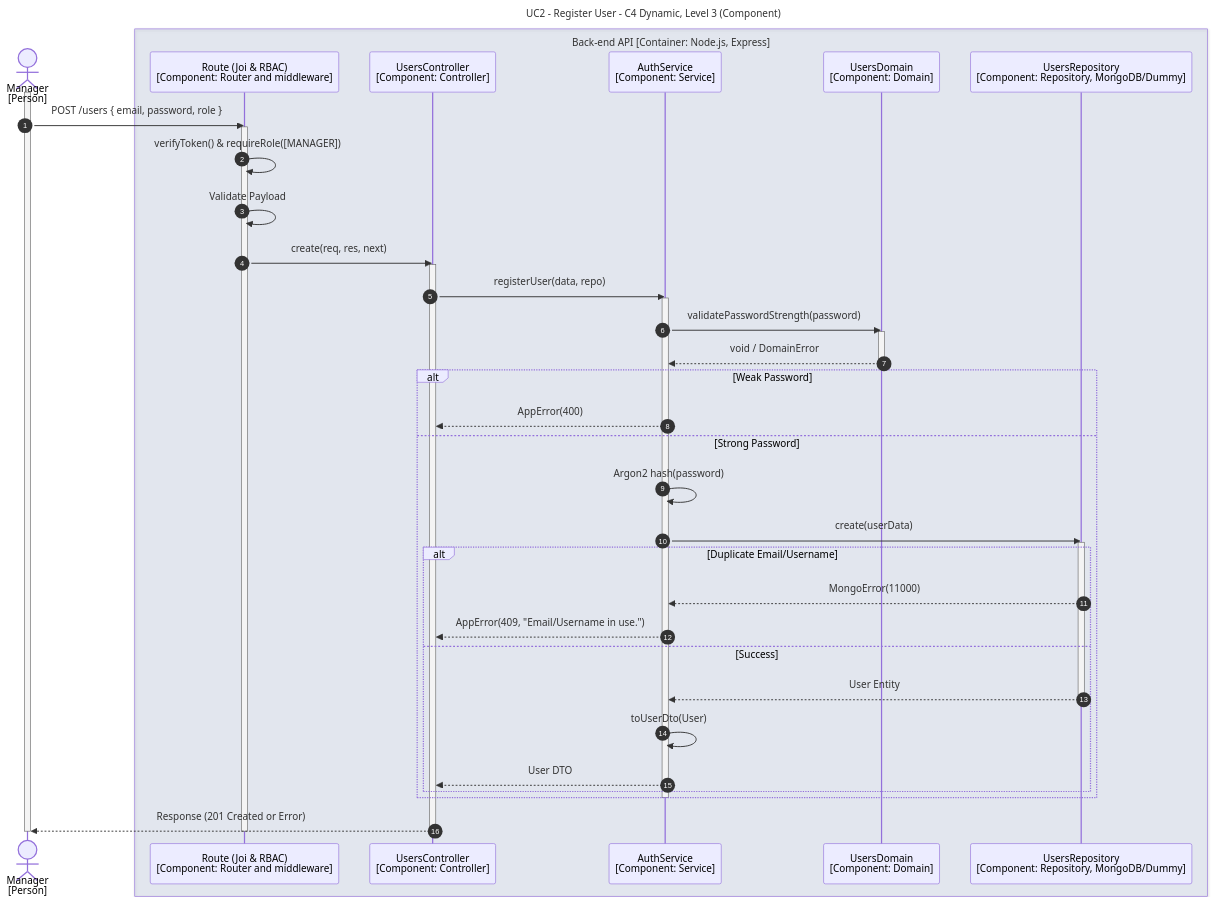
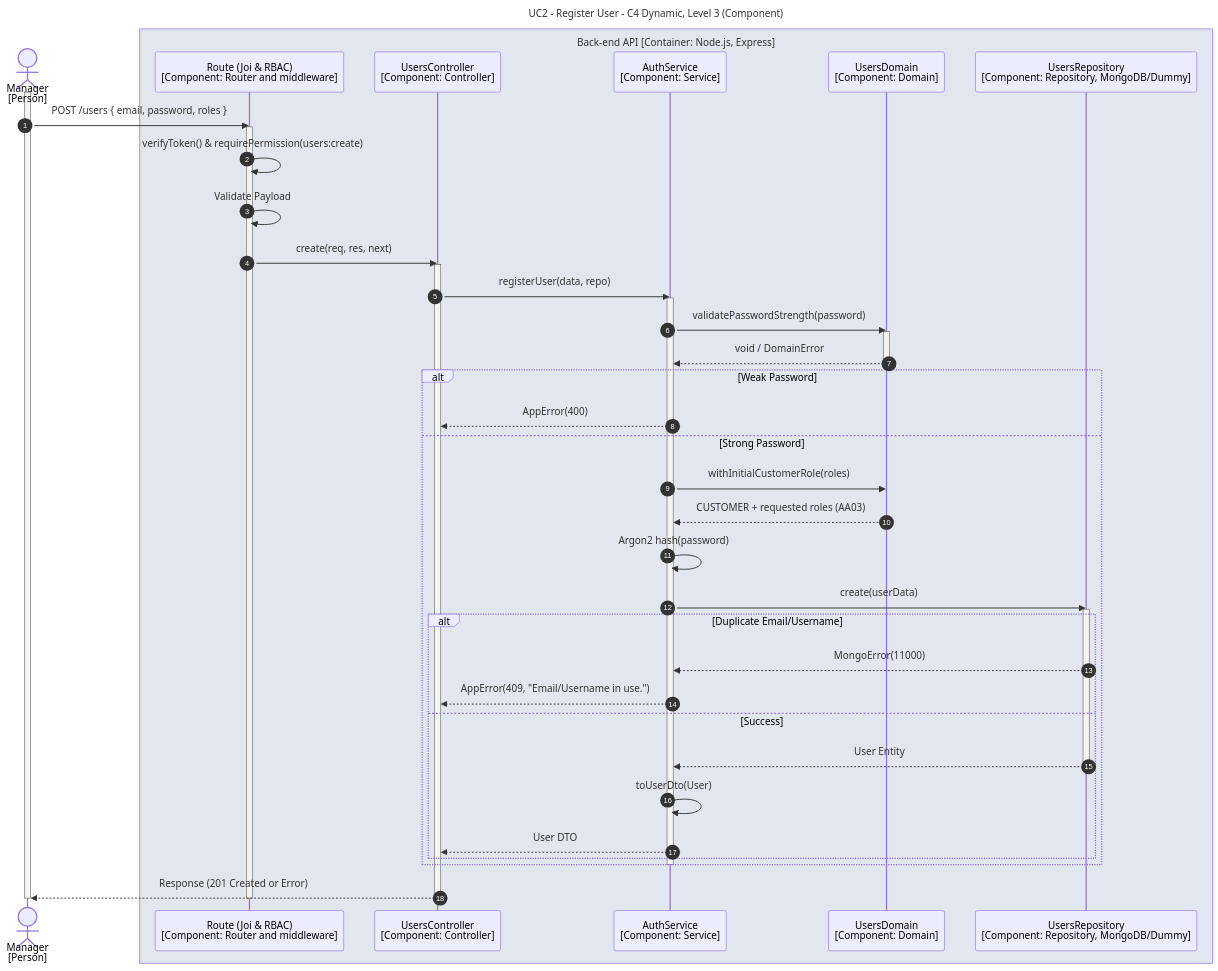
Before and after one commit to ivasduarte/laprizza: the diagram in docs/flows/authentication/register-user.md, drawn with Mermaid. The commit also changed other lines of this file and 4 other files, not shown here.

First line of the commit message:
docs(AA03): document role resolution flow

````diff
--- a/docs/flows/authentication/register-user.md
+++ b/docs/flows/authentication/register-user.md
@@ -19,57 +19,59 @@
 ```mermaid
 ---
 title: "UC2 - Register User - C4 Dynamic, Level 3 (Component)"
 ---
 sequenceDiagram
     autonumber
     actor manager as Manager<br/>[Person]
     box rgba(120,150,200,0.15) Back-end API [Container: Node.js, Express]
         participant route as Route (Joi & RBAC)<br/>[Component: Router and middleware]
         participant controller as UsersController<br/>[Component: Controller]
         participant service as AuthService<br/>[Component: Service]
         participant domain as UsersDomain<br/>[Component: Domain]
         participant repo as UsersRepository<br/>[Component: Repository, MongoDB/Dummy]
     end
 
     activate manager
-    manager->>route: POST /users { email, password, role }
+    manager->>route: POST /users { email, password, roles }
     activate route
 
-    route->>route: verifyToken() & requireRole([MANAGER])
+    route->>route: verifyToken() & requirePermission(users:create)
     route->>route: Validate Payload
 
     route->>controller: create(req, res, next)
     activate controller
     controller->>service: registerUser(data, repo)
     activate service
 
     service->>domain: validatePasswordStrength(password)
     activate domain
     domain-->>service: void / DomainError
     deactivate domain
 
     alt Weak Password
       service-->>controller: AppError(400)
     else Strong Password
+      service->>domain: withInitialCustomerRole(roles)
+      domain-->>service: CUSTOMER + requested roles (AA03)
       service->>service: Argon2 hash(password)
       service->>repo: create(userData)
       activate repo
 
       alt Duplicate Email/Username
         repo-->>service: MongoError(11000)
         service-->>controller: AppError(409, "Email/Username in use.")
       else Success
         repo-->>service: User Entity
         deactivate repo
 
         service->>service: toUserDto(User)
         service-->>controller: User DTO
       end
     end
     deactivate service
 
     controller-->>manager: Response (201 Created or Error)
     deactivate controller
     deactivate route
     deactivate manager
 ```
````
